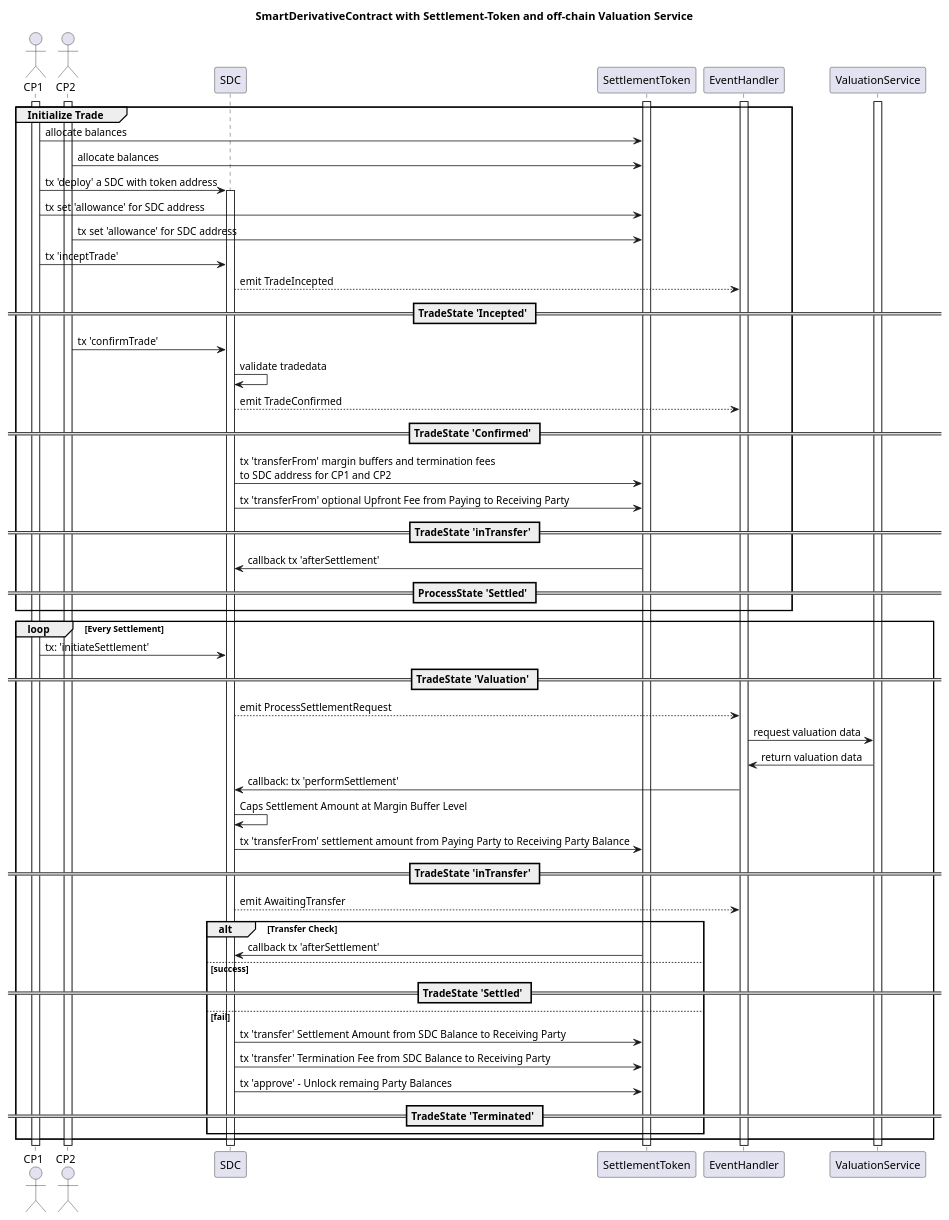
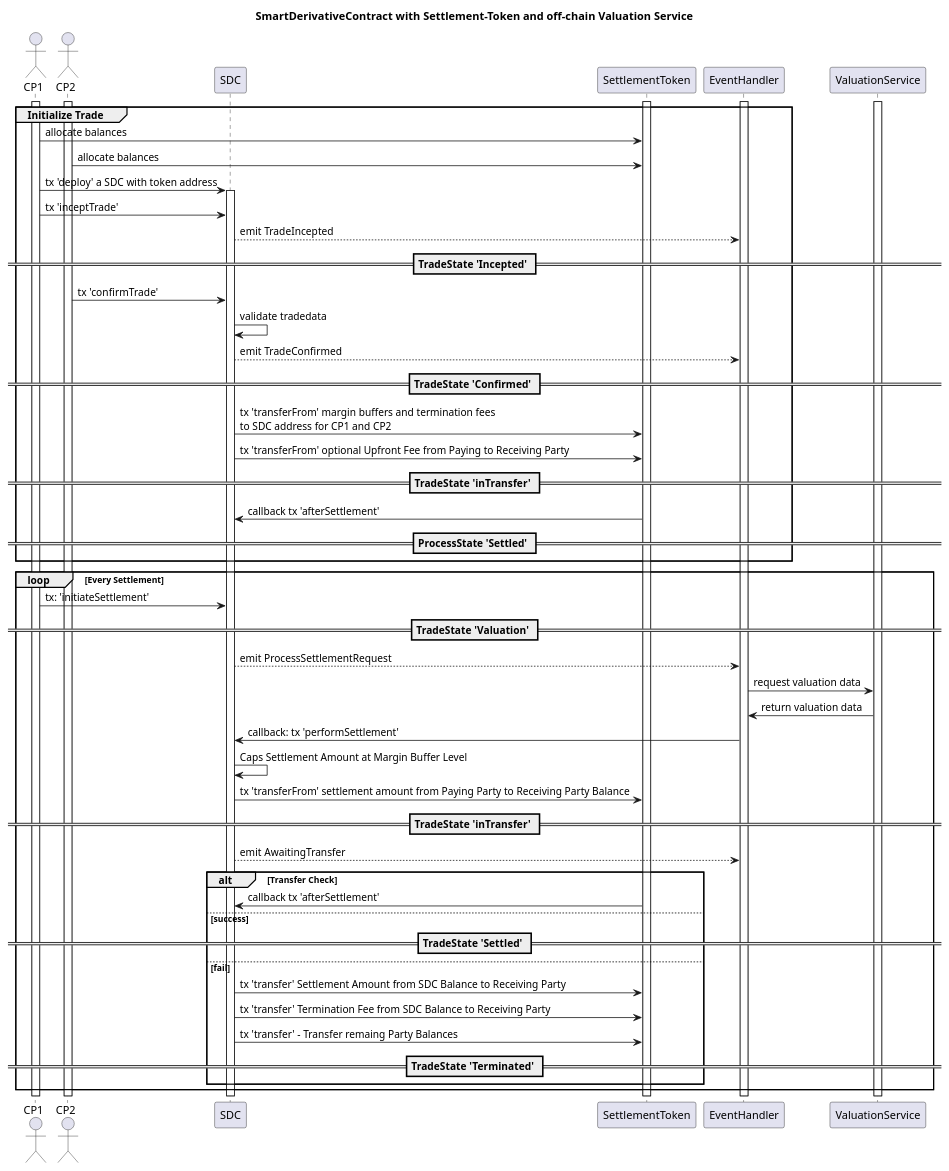
One commit to ethereum/ERCs changed the diagram in assets/erc-6123/doc/sequence.puml. Above: the diagram before and after it, drawn with PlantUML. The commit also changed 5 other files, not shown here.

Commit message:
- added unit tests, update diagrams, streamlined code, fixed bugs

```diff
--- a/assets/erc-6123/doc/sequence.puml
+++ b/assets/erc-6123/doc/sequence.puml
@@ -1,82 +1,80 @@
 @startuml
 'https://plantuml.com/sequence-diagram
 title SmartDerivativeContract with Settlement-Token and off-chain Valuation Service
 
 	actor CP1
 	actor CP2
 
 	participant SDC
 
     participant SettlementToken
 
 
 	participant EventHandler
 	participant ValuationService
 
 
 
 activate EventHandler
 activate SettlementToken
 activate ValuationService
 
 activate CP1
 activate CP2
 
 group Initialize Trade
 CP1 ->SettlementToken: allocate balances
 CP2 ->SettlementToken: allocate balances
 CP1 ->SDC: tx 'deploy' a SDC with token address
 activate SDC
-CP1 ->SettlementToken: tx set 'allowance' for SDC address
-CP2 ->SettlementToken: tx set 'allowance' for SDC address
 CP1 ->SDC:                 tx 'inceptTrade'
 
 SDC-->EventHandler: emit TradeIncepted
 == TradeState 'Incepted' ==
 CP2->SDC: tx 'confirmTrade'
 SDC->SDC: validate tradedata
 
 SDC-->EventHandler: emit TradeConfirmed
 
 == TradeState 'Confirmed' ==
 
 SDC ->SettlementToken: tx 'transferFrom' margin buffers and termination fees\nto SDC address for CP1 and CP2
 SDC->SettlementToken: tx 'transferFrom' optional Upfront Fee from Paying to Receiving Party
 ==  TradeState 'inTransfer' ==
 SettlementToken->SDC: callback tx 'afterSettlement'
 ==ProcessState 'Settled' ==
 
 end
 
 loop Every Settlement
 
 
 CP1->SDC: tx: 'initiateSettlement'
 
 == TradeState 'Valuation' ==
 SDC-->EventHandler:emit ProcessSettlementRequest
 
 EventHandler->ValuationService: request valuation data
 ValuationService->EventHandler: return valuation data
 EventHandler->SDC: callback: tx 'performSettlement'
 SDC->SDC:Caps Settlement Amount at Margin Buffer Level
 SDC->SettlementToken: tx 'transferFrom' settlement amount from Paying Party to Receiving Party Balance
 == TradeState 'inTransfer' ==
 SDC-->EventHandler: emit AwaitingTransfer
 
 alt Transfer Check
 	SettlementToken->SDC: callback tx 'afterSettlement'
 else success
 == TradeState 'Settled' ==
 else fail
 	SDC->SettlementToken: tx 'transfer' Settlement Amount from SDC Balance to Receiving Party
 	SDC->SettlementToken: tx 'transfer' Termination Fee from SDC Balance to Receiving Party
-    	SDC->SettlementToken: tx 'approve' - Unlock remaing Party Balances
+    	SDC->SettlementToken: tx 'transfer' - Transfer remaing Party Balances
 
 == TradeState 'Terminated' ==
 end
 
 
 end
 
 @enduml
```
